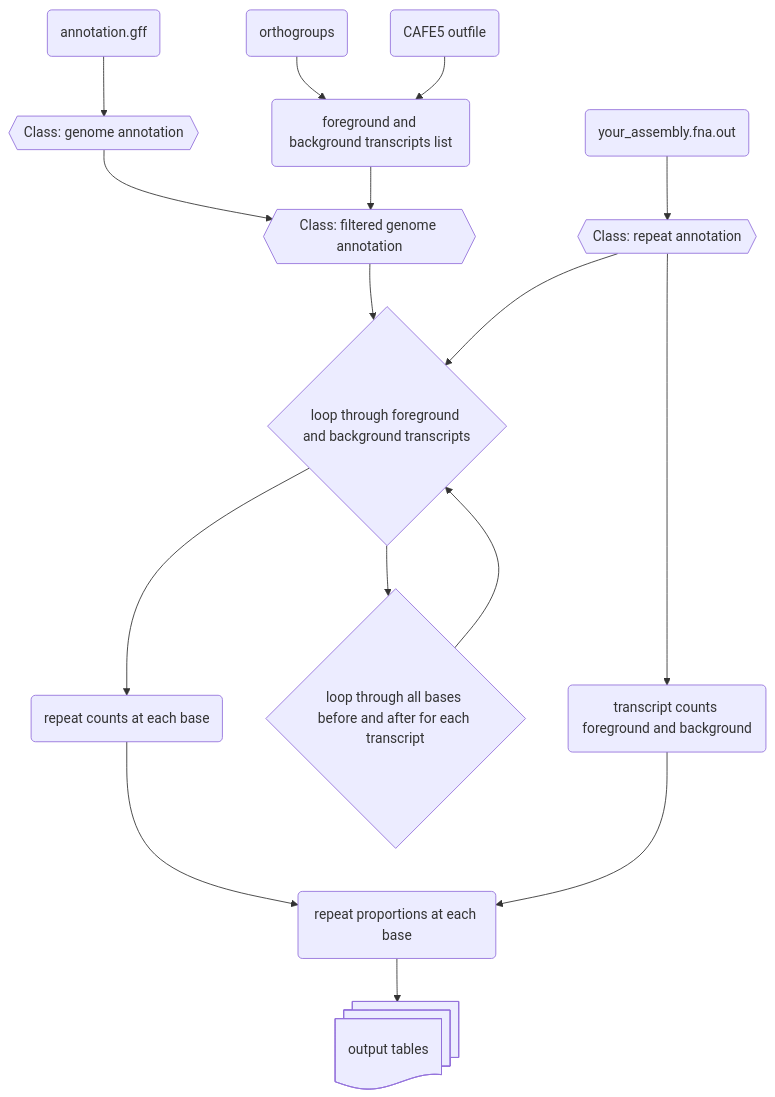
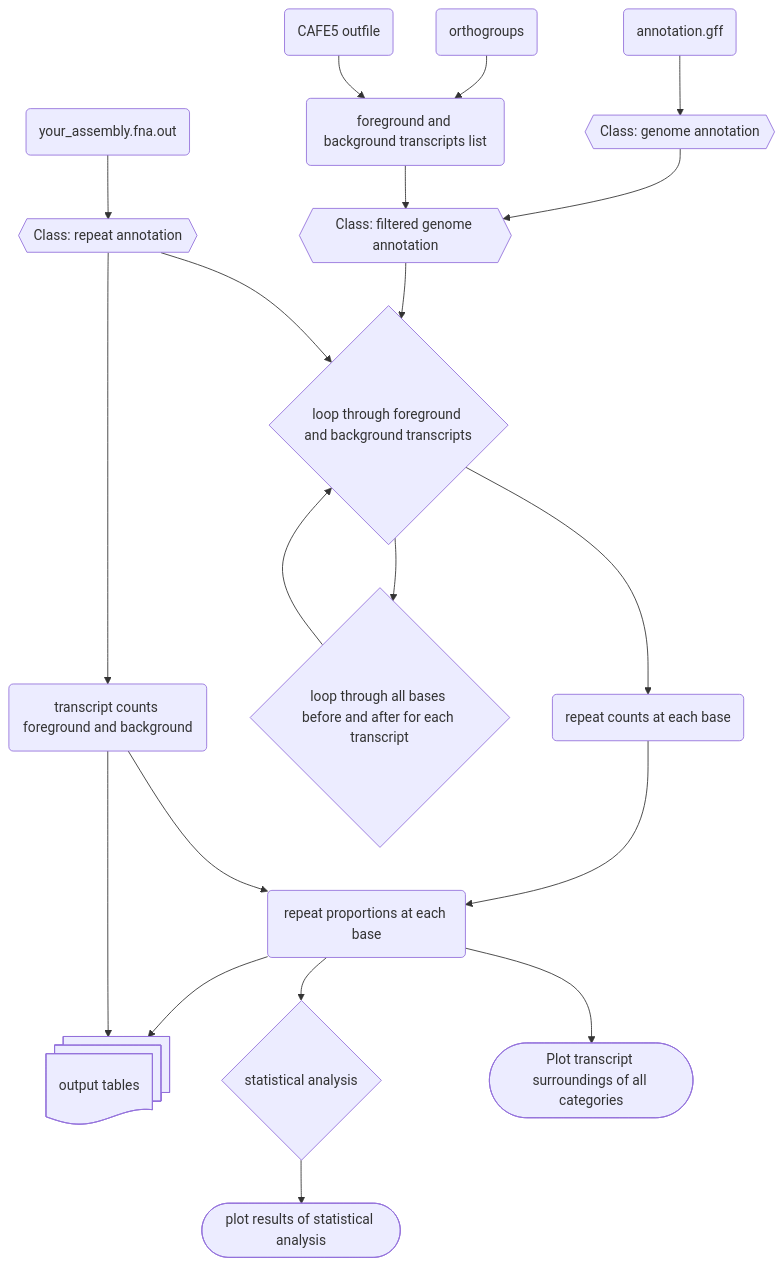
One commit to milena-t/ReVis changed the second of 2 diagrams in README.md. Above: the diagram before and after it, drawn with Mermaid.

Commit message:
moremermaid

````diff
--- a/README.md
+++ b/README.md
@@ -262,30 +262,36 @@
 ```mermaid
 graph TD;
     infile_out(your_assembly.fna.out);
     infile_out --> rep_annot{{Class: repeat annotation}};
     rep_annot --> tr_count(transcript counts foreground and background);
 
     infile_annot(annotation.gff);
     infile_annot --> gene_annot{{Class: genome annotation}};
 
     OGs(orthogroups);
     CAFE(CAFE5 outfile);
 
     OGs --> tr_list(foreground and background transcripts list);
     CAFE --> tr_list
 
     gene_annot --> filt_gene_annot{{Class: filtered genome annotation}};
     tr_list --> filt_gene_annot
     
     filt_gene_annot --> loop_tr{loop through foreground and background transcripts};
     rep_annot --> loop_tr
     loop_bp{loop through all bases before and after for each transcript};
     loop_tr --> loop_bp
     loop_bp --> loop_tr
 
     loop_tr --> rep_counts(repeat counts at each base);
     rep_counts --> rep_prop(repeat proportions at each base);
     tr_count --> rep_prop
 
     rep_prop --> out_tab@{ shape: docs, label: "output tables" };
+    tr_count --> out_tab
+
+    rep_prop --> stats{statistical analysis};
+    rep_prop --> plot_all([Plot transcript surroundings of all categories])
+
+    stats --> stats_out([plot results of statistical analysis]) 
 ```   
````
